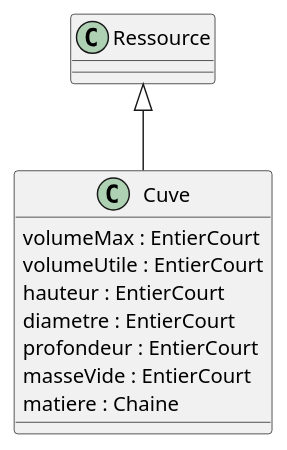
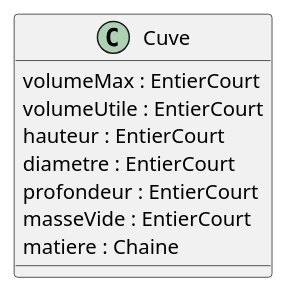
The diagram in cuve.iuml (beerfactory/brewbox-uml), drawn with PlantUML before and after one commit. The commit also changed 11 other files, not shown here.

```diff
--- a/cuve.iuml
+++ b/cuve.iuml
@@ -1,11 +1,9 @@
 class Cuve {
     volumeMax : EntierCourt
     volumeUtile : EntierCourt
     hauteur : EntierCourt
     diametre : EntierCourt
     profondeur : EntierCourt
     masseVide : EntierCourt
     matiere : Chaine
 }
-
-Ressource <|-- Cuve
```
